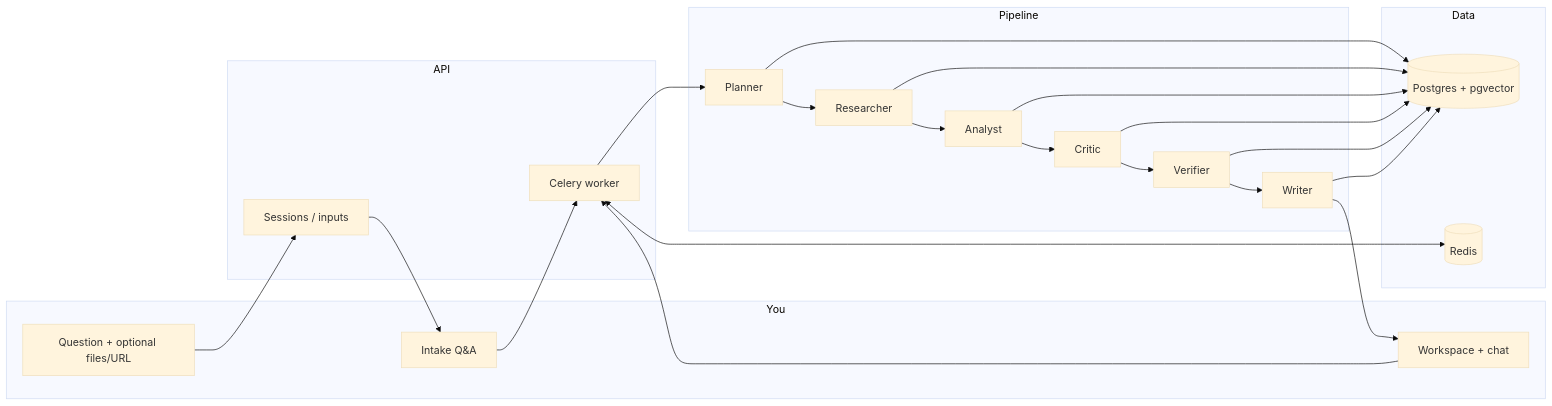
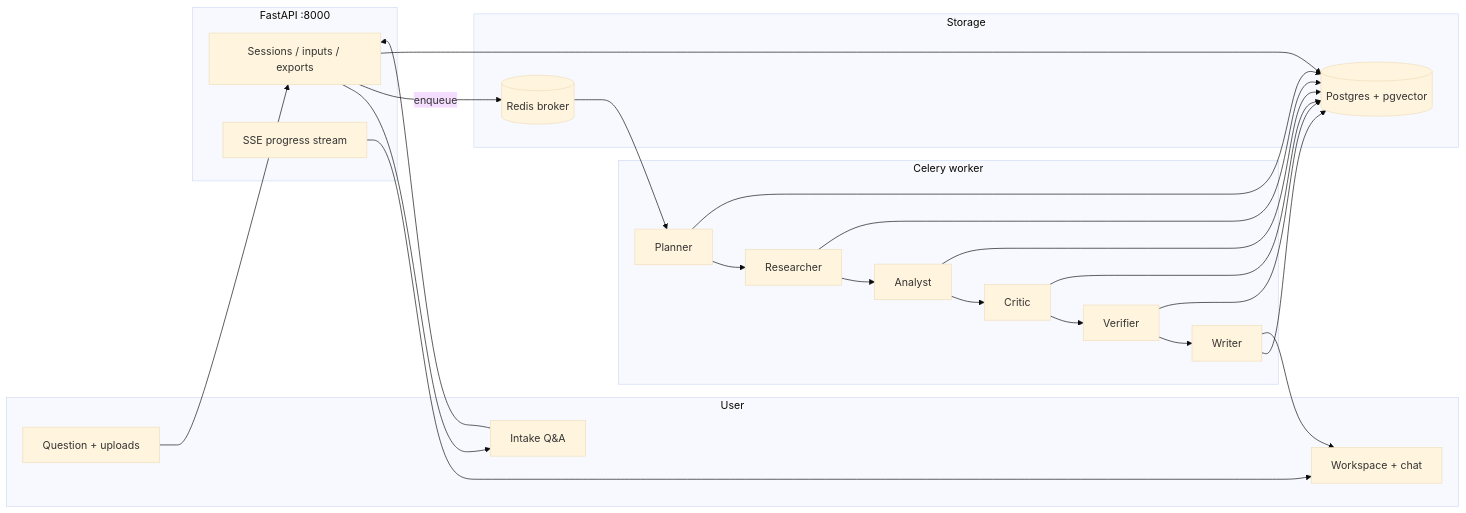
The diagram in README.md (yassin1123/Argus), drawn with Mermaid (base theme) before and after one commit. The commit also changed other lines of this file and 67 other files, not shown here.

````diff
--- a/README.md
+++ b/README.md
@@ -23,32 +59,33 @@
 ```mermaid
 flowchart LR
-  subgraph ui [You]
-    Q[Question + optional files/URL]
+  subgraph ui [User]
+    Q[Question + uploads]
     I[Intake Q&A]
     W[Workspace + chat]
   end
-  subgraph api [API]
-    S[Sessions / inputs]
-    C[Celery worker]
+  subgraph api [FastAPI :8000]
+    S[Sessions / inputs / exports]
+    SSE[SSE progress stream]
   end
-  subgraph pipe [Pipeline]
+  subgraph worker [Celery worker]
     P[Planner]
     R[Researcher]
     A[Analyst]
     Cr[Critic]
     V[Verifier]
     Wr[Writer]
   end
-  subgraph store [Data]
+  subgraph store [Storage]
     DB[(Postgres + pgvector)]
-    Rd[(Redis)]
+    Rd[(Redis broker)]
   end
   Q --> S
   S --> I
-  I --> C
-  W --> C
-  C --> P --> R --> A --> Cr --> V --> Wr
+  I --> S
+  S -->|enqueue| Rd
+  Rd --> P --> R --> A --> Cr --> V --> Wr
   P & R & A & Cr & V & Wr --> DB
-  C <--> Rd
+  S --> DB
   Wr --> W
+  SSE --> W
 ```
````
